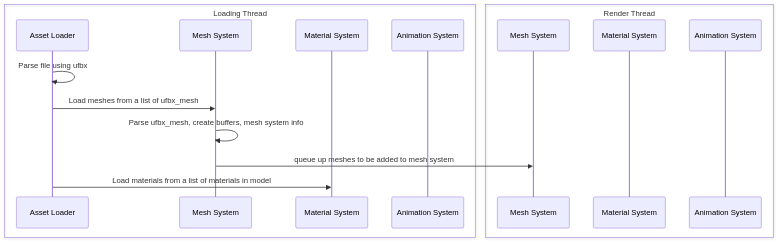
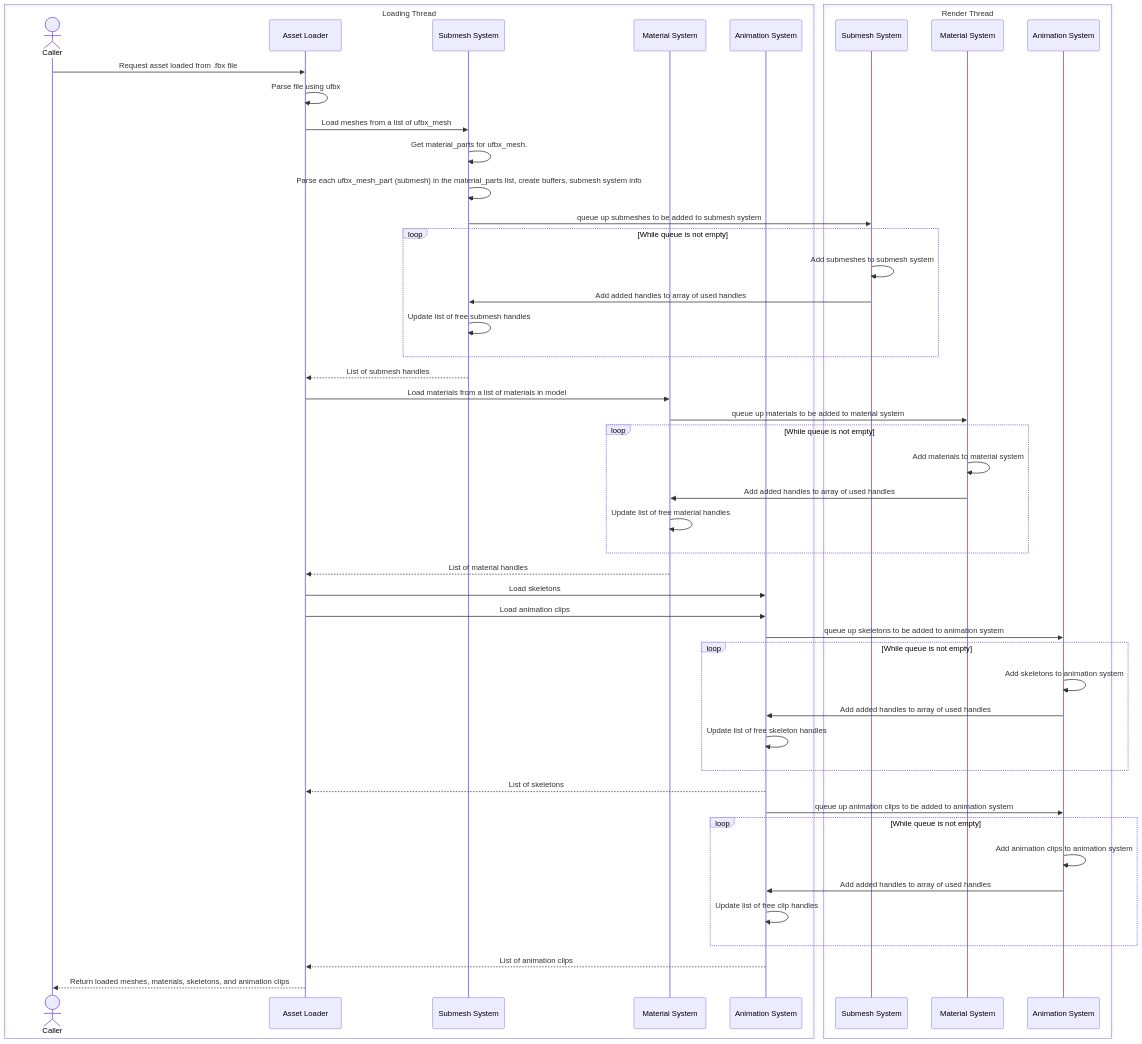
The second of 2 diagrams in docs/asset_loading.md (Deco-Org/Deco-Rendering-Engine), drawn with Mermaid before and after one commit. The commit also changed other lines of this file, not shown here.

Commit message:
Updated diagrams and added loaded model system to doc

````diff
--- a/docs/asset_loading.md
+++ b/docs/asset_loading.md
@@ -26,23 +26,58 @@
 ```mermaid
 sequenceDiagram
 
 box Loading Thread
+    actor caller as Caller
     participant assetLoader as Asset Loader
-    participant meshSystem as Mesh System
+    participant submeshSystem as Submesh System
     participant materialSystem as Material System
     participant animationSystem as Animation System
 end
 box Render Thread
-    participant meshSystemRenderT as Mesh System
+    participant submeshSystemRenderT as Submesh System
     participant materialSystemRenderT as Material System
     participant animationSystemRenderT as Animation System
 end
 
+caller ->> assetLoader: Request asset loaded from .fbx file
 assetLoader ->> assetLoader: Parse file using ufbx
 
-assetLoader ->> meshSystem: Load meshes from a list of ufbx_mesh
-meshSystem ->> meshSystem: Parse ufbx_mesh, create buffers, mesh system info
-meshSystem ->> meshSystemRenderT: queue up meshes to be added to mesh system
+assetLoader ->> submeshSystem: Load meshes from a list of ufbx_mesh
+submeshSystem ->> submeshSystem: Get material_parts for ufbx_mesh.
+submeshSystem ->> submeshSystem: Parse each ufbx_mesh_part (submesh) in the material_parts list, create buffers, submesh system info
+submeshSystem ->> submeshSystemRenderT: queue up submeshes to be added to submesh system
+loop While queue is not empty
+    submeshSystemRenderT ->> submeshSystemRenderT: Add submeshes to submesh system
+    submeshSystemRenderT ->> submeshSystem: Add added handles to array of used handles
+    submeshSystem ->> submeshSystem: Update list of free submesh handles
+end
+submeshSystem -->> assetLoader: List of submesh handles
 
 assetLoader ->> materialSystem: Load materials from a list of materials in model
+materialSystem ->> materialSystemRenderT: queue up materials to be added to material system
+loop While queue is not empty
+    materialSystemRenderT ->> materialSystemRenderT: Add materials to material system
+    materialSystemRenderT ->> materialSystem: Add added handles to array of used handles
+    materialSystem ->> materialSystem: Update list of free material handles
+end
+materialSystem -->> assetLoader: List of material handles
+
+assetLoader ->> animationSystem: Load skeletons
+assetLoader ->> animationSystem: Load animation clips
+animationSystem ->> animationSystemRenderT: queue up skeletons to be added to animation system
+loop While queue is not empty
+    animationSystemRenderT ->> animationSystemRenderT: Add skeletons to animation system
+    animationSystemRenderT ->> animationSystem: Add added handles to array of used handles
+    animationSystem ->> animationSystem: Update list of free skeleton handles
+end
+animationSystem -->> assetLoader: List of skeletons
+animationSystem ->> animationSystemRenderT: queue up animation clips to be added to animation system
+loop While queue is not empty
+    animationSystemRenderT ->> animationSystemRenderT: Add animation clips to animation system
+    animationSystemRenderT ->> animationSystem: Add added handles to array of used handles
+    animationSystem ->> animationSystem: Update list of free clip handles
+end
+animationSystem -->> assetLoader: List of animation clips
+
+assetLoader -->> caller: Return loaded meshes, materials, skeletons, and animation clips
 ```
````
